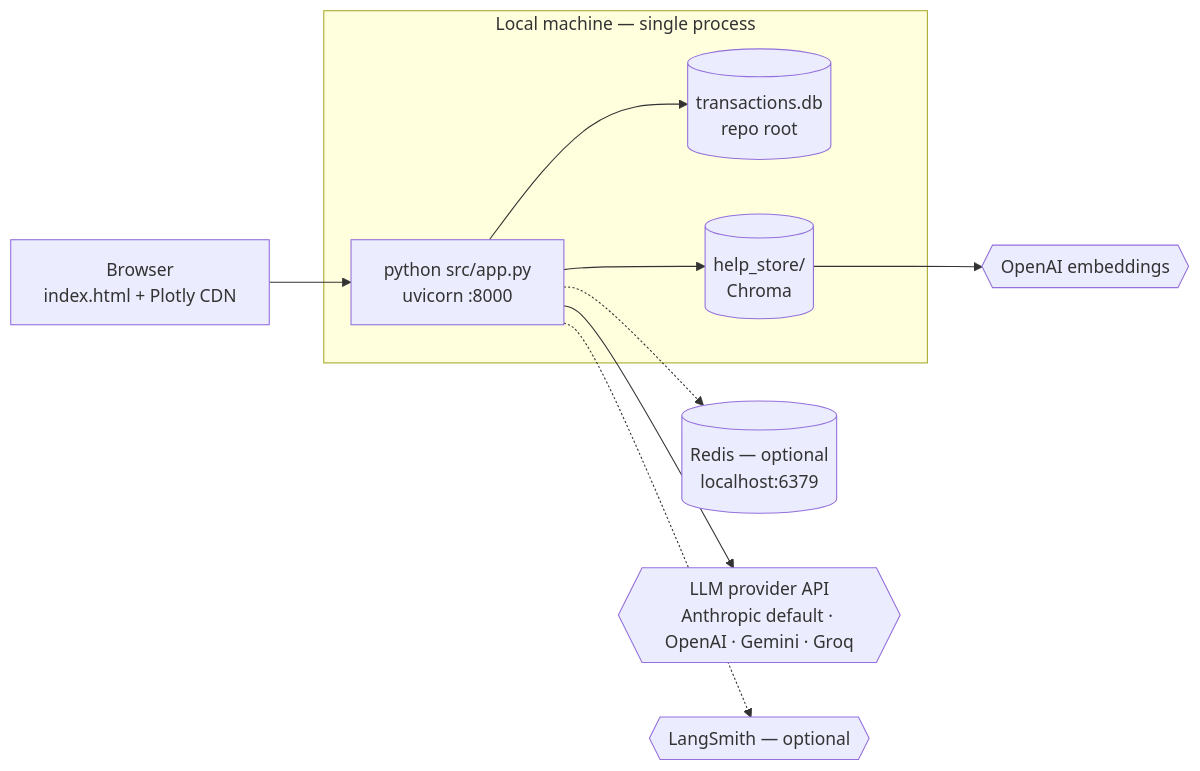
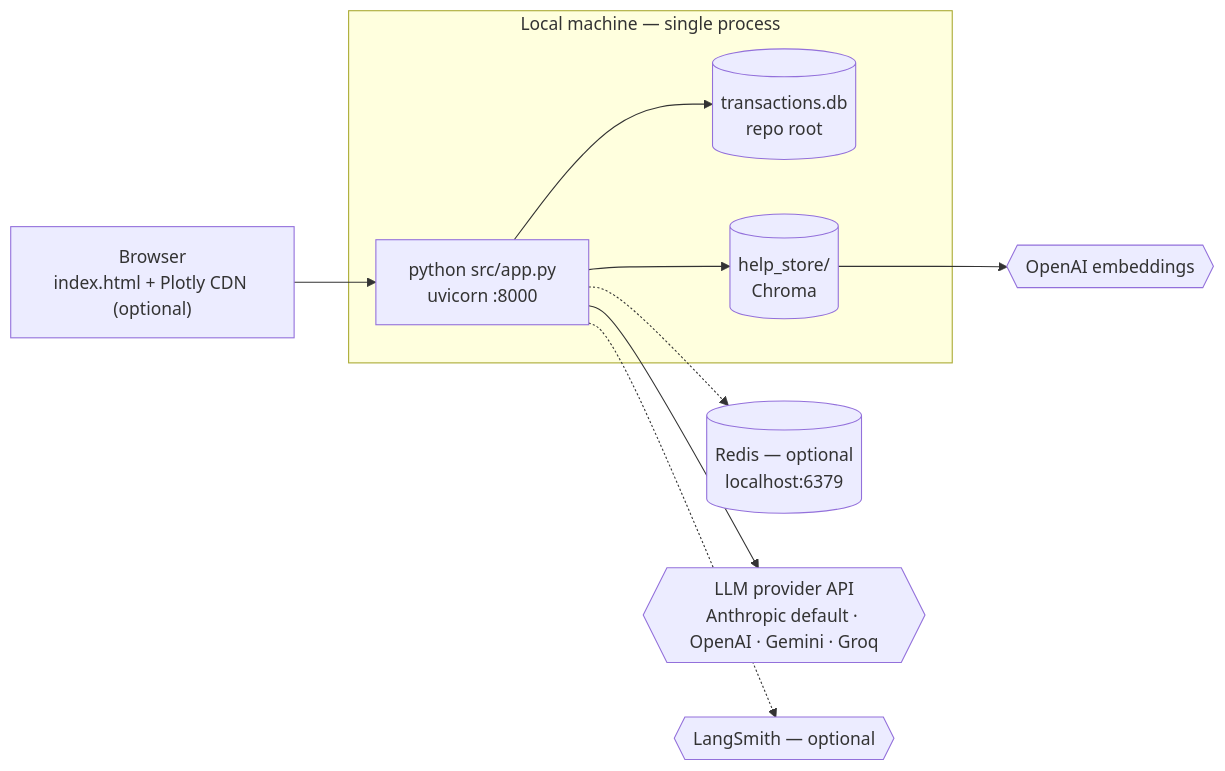
Before and after one commit to AbhishekLohit/Agentic_BChabot: the fourth of 5 diagrams in _bmad-output/planning-artifacts/architecture/architecture-Agentic_BChatbot-2026-11-22/ARCHITECTURE-SPINE.md, drawn with Mermaid. The commit also changed other lines of this file and 8 other files, not shown here.

First line of the commit message:
Extend architecture spine for Transaction Charts with BMAD

````diff
--- a/_bmad-output/planning-artifacts/architecture/architecture-Agentic_BChatbot-2026-11-22/ARCHITECTURE-SPINE.md
+++ b/_bmad-output/planning-artifacts/architecture/architecture-Agentic_BChatbot-2026-11-22/ARCHITECTURE-SPINE.md
@@ -290,20 +490,20 @@
 ```mermaid
 flowchart LR
     subgraph LOCAL["Local machine — single process"]
         APP["python src/app.py<br/>uvicorn :8000"]
         DB[("transactions.db<br/>repo root")]
         HS[("help_store/<br/>Chroma")]
     end
     REDIS[("Redis — optional<br/>localhost:6379")]
     LLM{{"LLM provider API<br/>Anthropic default · OpenAI · Gemini · Groq"}}
     EMB{{"OpenAI embeddings"}}
     LS{{"LangSmith — optional"}}
-    BROWSER["Browser<br/>index.html + Plotly CDN"]
+    BROWSER["Browser<br/>index.html + Plotly CDN (optional)"]
     BROWSER --> APP
     APP --> DB
     APP --> HS
     APP -.-> REDIS
     APP --> LLM
     APP -.-> LS
     HS --> EMB
 ```
````
